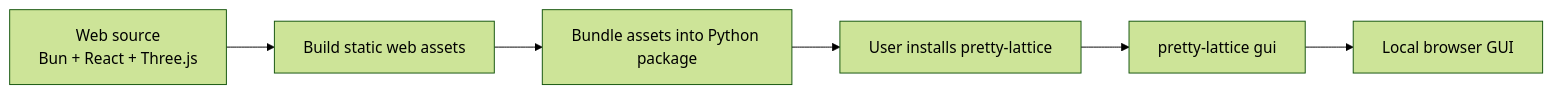
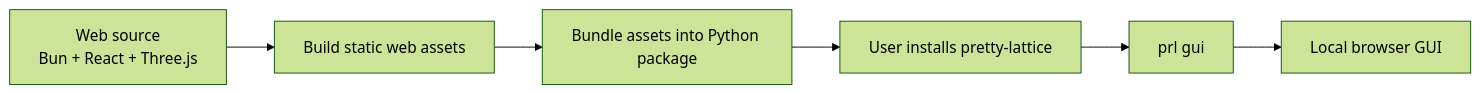
One commit to Xqd9912/glance changed the diagram in docs/constitution.md. Above: the diagram before and after it, drawn with Mermaid (forest theme). The commit also changed other lines of this file and 26 other files, not shown here.

````diff
--- a/docs/constitution.md
+++ b/docs/constitution.md
@@ -36,8 +38,8 @@
 ```mermaid
 flowchart LR
     A[Web source<br/>Bun + React + Three.js] --> B[Build static web assets]
     B --> C[Bundle assets into Python package]
     C --> D[User installs pretty-lattice]
-    D --> E[pretty-lattice gui]
+    D --> E[prl gui]
     E --> F[Local browser GUI]
 ```
````
